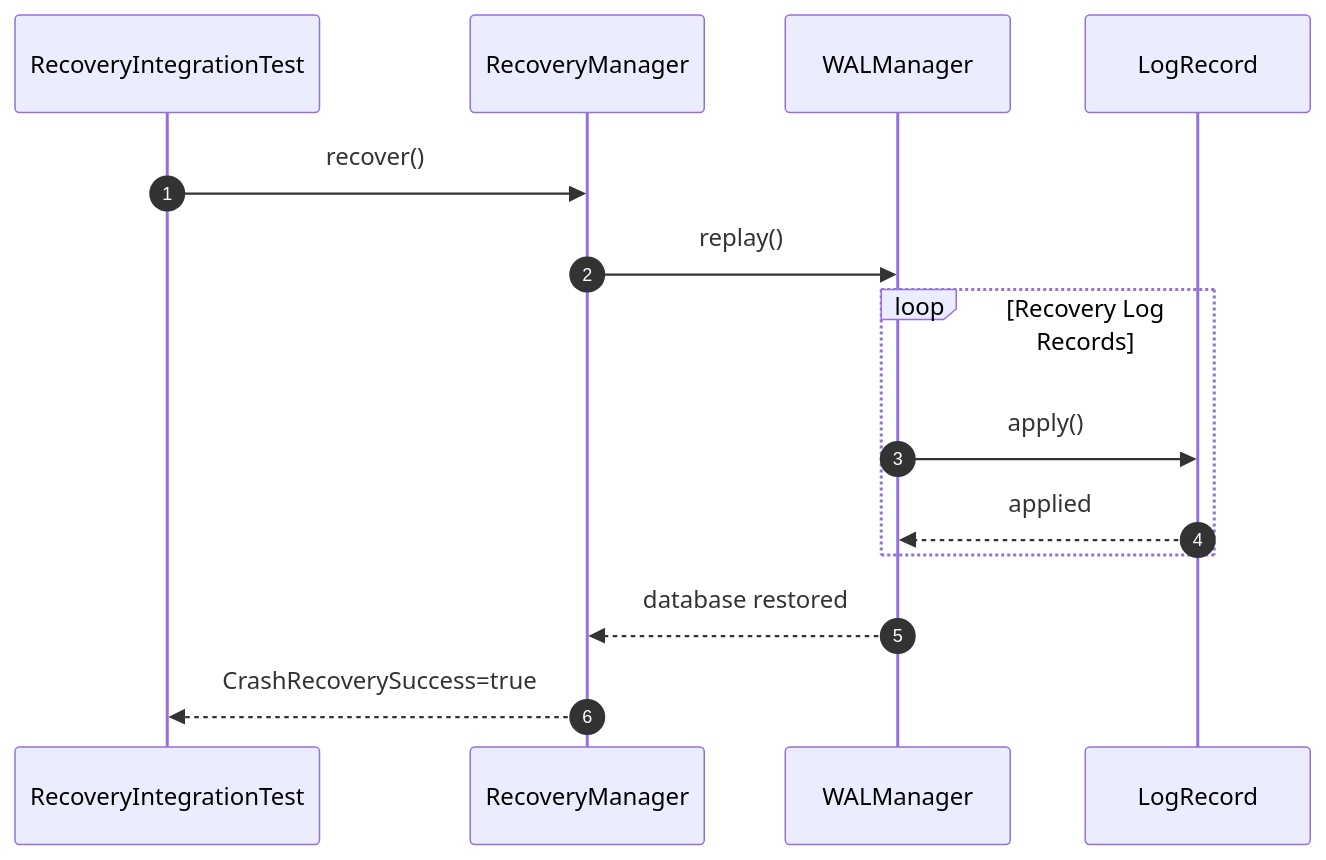
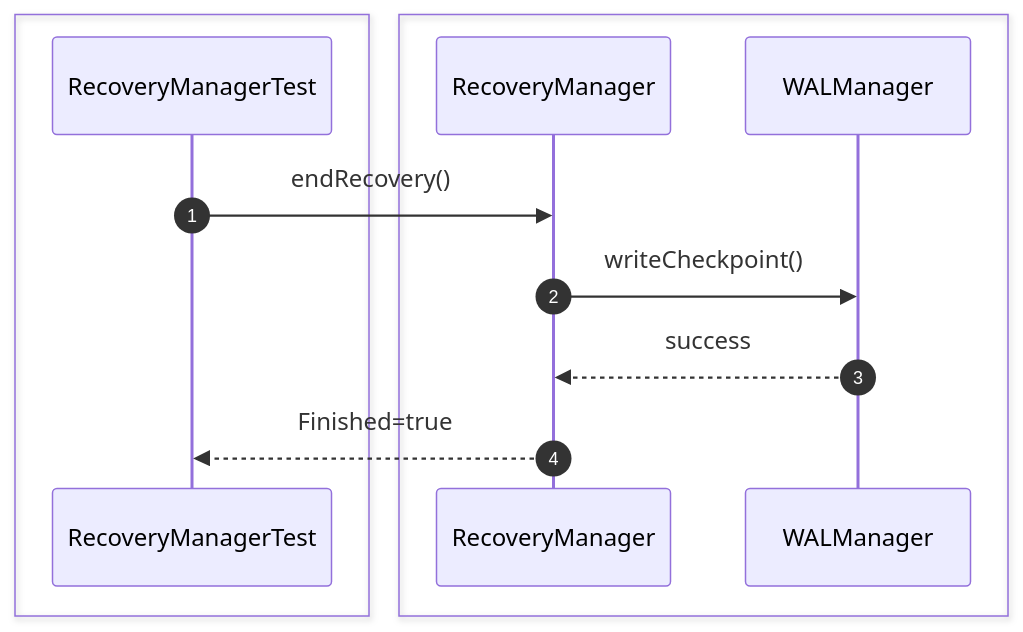
Before and after one commit to Huy1801214/dbms-architecture: diagram 20 of 28 in src/sequence/recovery.md, drawn with Mermaid. The commit also changed other lines of this file and 10 other files, not shown here.

Commit message:
add comprehensive sequence diagrams and documentation for system architecture and unit testing specifications

````diff
--- a/src/sequence/recovery.md
+++ b/src/sequence/recovery.md
@@ -275,21 +346,17 @@
 ```mermaid
 sequenceDiagram
     autonumber
-    participant Test as RecoveryIntegrationTest
+
+    box #e1f5fe Test Suite
+    participant Test as RecoveryManagerTest
+    end
+    box #ffebee Recovery Components
     participant Recovery as RecoveryManager
     participant WAL as WALManager
-    participant Log as LogRecord
-
-    Test->>Recovery: recover()
-
-    Recovery->>WAL: replay()
-
-    loop Recovery Log Records
-        WAL->>Log: apply()
-        Log-->>WAL: applied
     end
 
-    WAL-->>Recovery: database restored
-
-    Recovery-->>Test: CrashRecoverySuccess=true
+    Test->>Recovery: endRecovery()
+    Recovery->>WAL: writeCheckpoint()
+    WAL-->>Recovery: success
+    Recovery-->>Test: Finished=true
 ```
````
